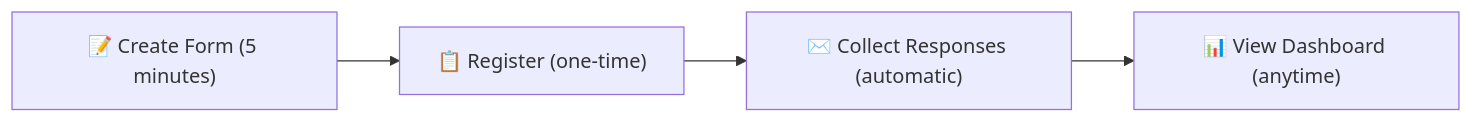
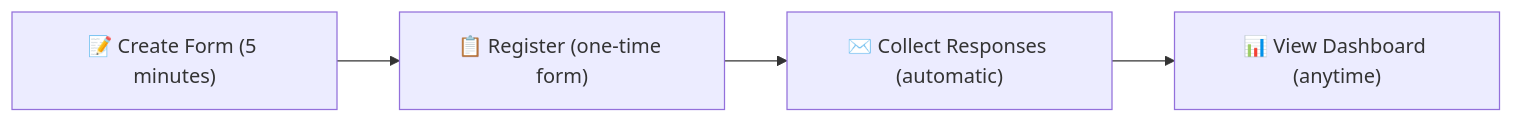
Before and after one commit to michaelhuot-msft/forms-to-fabric: the diagram in docs/training-deck-outline.md, drawn with Mermaid. The commit also changed other lines of this file and 6 other files, not shown here.

````diff
--- a/docs/training-deck-outline.md
+++ b/docs/training-deck-outline.md
@@ -43,6 +43,6 @@
 ```mermaid
 graph LR
-    A["📝 Create Form (5 minutes)"] --> B["📋 Register (one-time)"]
+    A["📝 Create Form (5 minutes)"] --> B["📋 Register (one-time form)"]
     B --> C["✉️ Collect Responses (automatic)"]
     C --> D["📊 View Dashboard (anytime)"]
 ```
````
